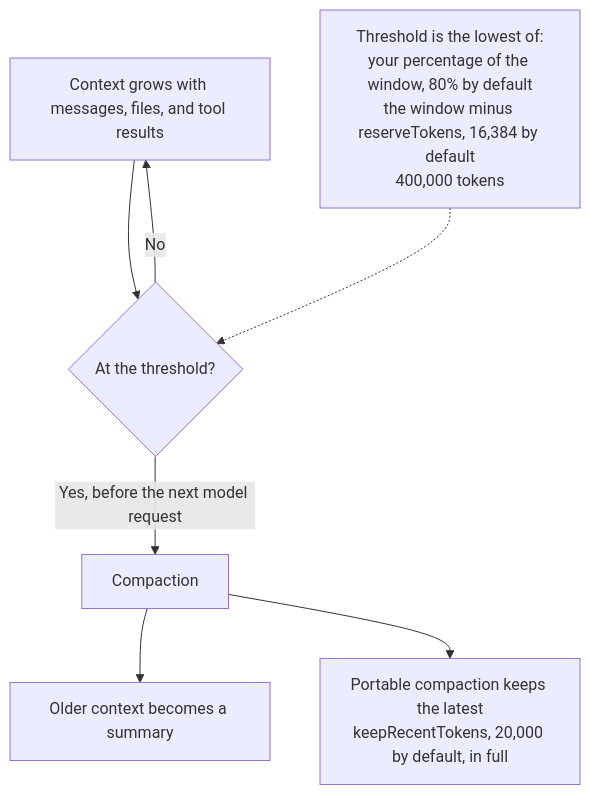
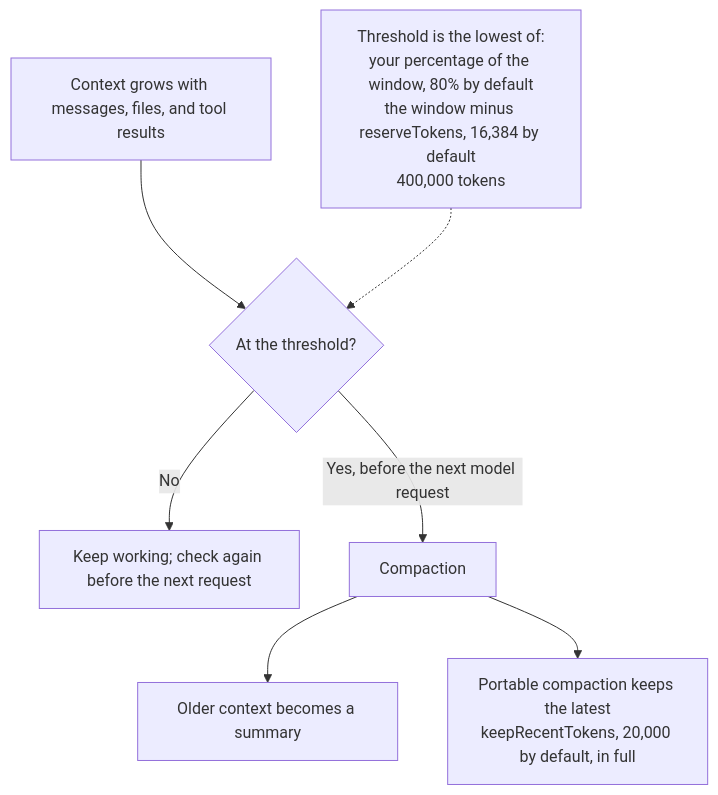
Before and after one commit to OpenWaggle/OpenWaggle: the diagram in website/src/content/docs/using-openwaggle/context-management.md, drawn with Mermaid. The commit also changed 2 other files, not shown here.

Commit message:
docs(website): end the compaction loop in a final node and name the worktree folder consistently

````diff
--- a/website/src/content/docs/using-openwaggle/context-management.md
+++ b/website/src/content/docs/using-openwaggle/context-management.md
@@ -63,9 +63,9 @@
 ```mermaid
 flowchart TD
   grow["Context grows with messages, files, and tool results"] --> check{"At the threshold?"}
-  check -- "No" --> grow
+  check -- "No" --> later["Keep working; check again before the next request"]
   check -- "Yes, before the next model request" --> compact["Compaction"]
   limits["Threshold is the lowest of:<br/>your percentage of the window, 80% by default<br/>the window minus reserveTokens, 16,384 by default<br/>400,000 tokens"] -.-> check
   compact --> summary["Older context becomes a summary"]
   compact --> recent["Portable compaction keeps the latest<br/>keepRecentTokens, 20,000 by default, in full"]
 ```
````
